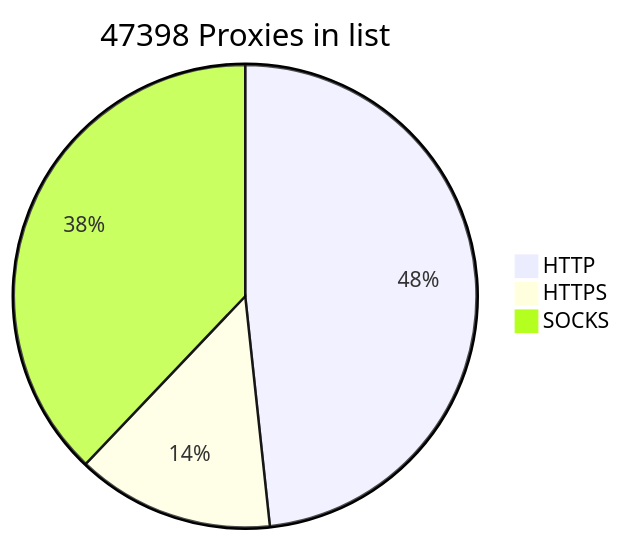
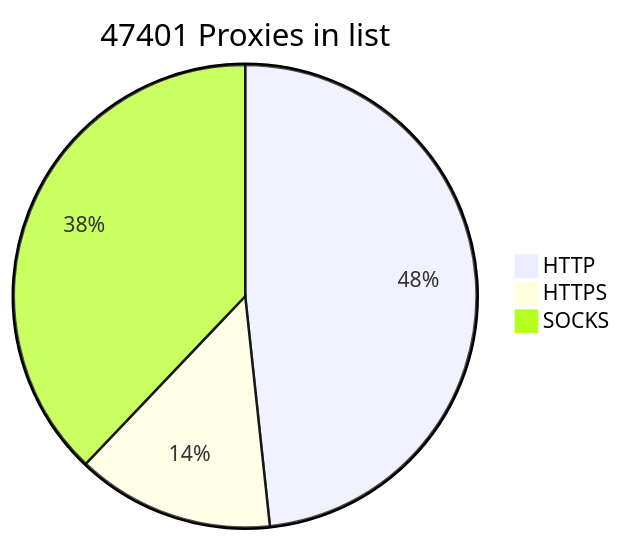
Before and after one commit to BlackSnowDot/proxylist-update-every-minute: the diagram in README.md, drawn with Mermaid. The commit also changed other lines of this file, not shown here.

````diff
--- a/README.md
+++ b/README.md
@@ -2,6 +2,6 @@
 ```mermaid
-pie title 47398 Proxies in list
-    "HTTP" : 25580
-    "HTTPS": 7309
+pie title 47401 Proxies in list
+    "HTTP" : 25581
+    "HTTPS": 7313
     "SOCKS" : 20071
 ```
````
